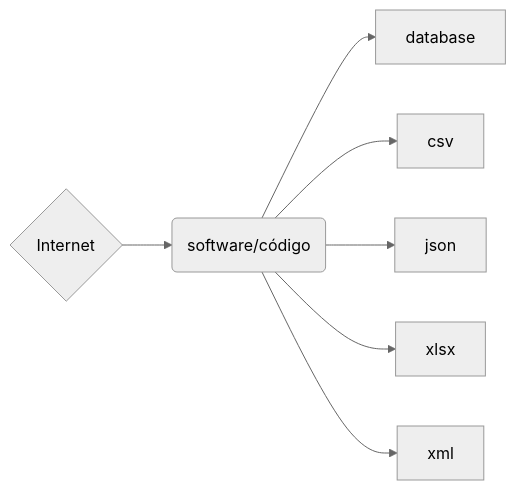
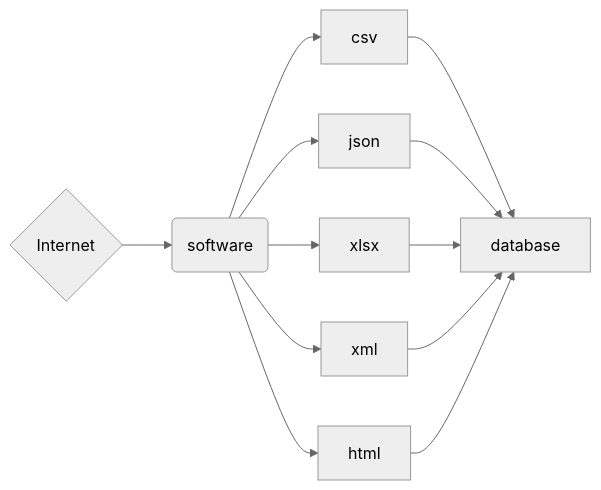
The first of 2 diagrams in index.qmd (nextmarte/raspagemCid), drawn with Mermaid (neutral theme) before and after one commit. The commit also changed 3 other files, not shown here.

Commit message:
Add HTML support to software

````diff
--- a/index.qmd
+++ b/index.qmd
@@ -17,17 +17,26 @@
 ```{mermaid}
 graph LR
     A{Internet}
-    B(software/código)
+    B(software)
     C[database]
     D[csv]
     E[json]
     F[xlsx]
     G[xml]
+    H[html]
     A --> B
-    B --> C
     B --> D
     B --> E
     B --> F
     B --> G
+    B --> H
+    D --> C
+    E --> C
+    F --> C
+    G --> C
+    H --> C
+
+
+
 
 ```
````
